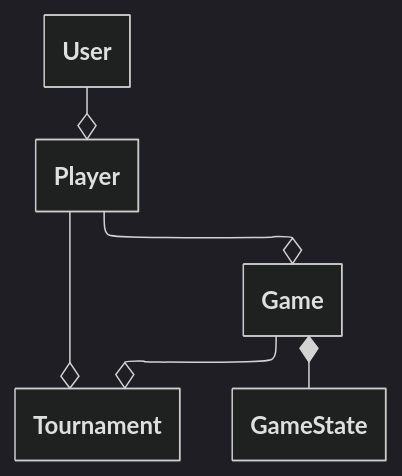
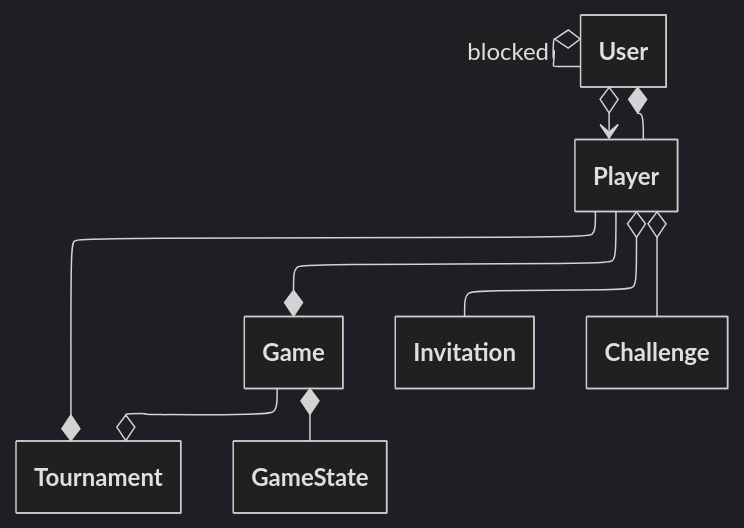
Before and after one commit to raranguren/transcendence: the diagram in docs/README.md, drawn with Mermaid (dark theme). The commit also changed other lines of this file, not shown here.

Commit message:
doc! add invites to model\\ Discussed with Solenne the minimum requirements
rarangur

````diff
--- a/docs/README.md
+++ b/docs/README.md
@@ -6,26 +6,34 @@
 ```mermaid
 ---
 config:
   class:
     hideEmptyMembersBox: true
   layout: elk
 ---
 classDiagram
 direction TB
     class User {
     }
     class Player {
     }
     class Game {
     }
     class Tournament {
     }
     class GameState {
     }
+    class Invitation {
+    }
+    class Challenge {
+    }
 
-    User --o Player
-    Player --o Game
-    Tournament o-- Player
+    User *-- Player
+    User o--> Player
+    Player --* Game
+    Tournament *-- Player
     Game *-- GameState
     Game --o Tournament
+    Player o-- Invitation
+    User o-- User : blocked
+    Player o-- Challenge
 ```
````
